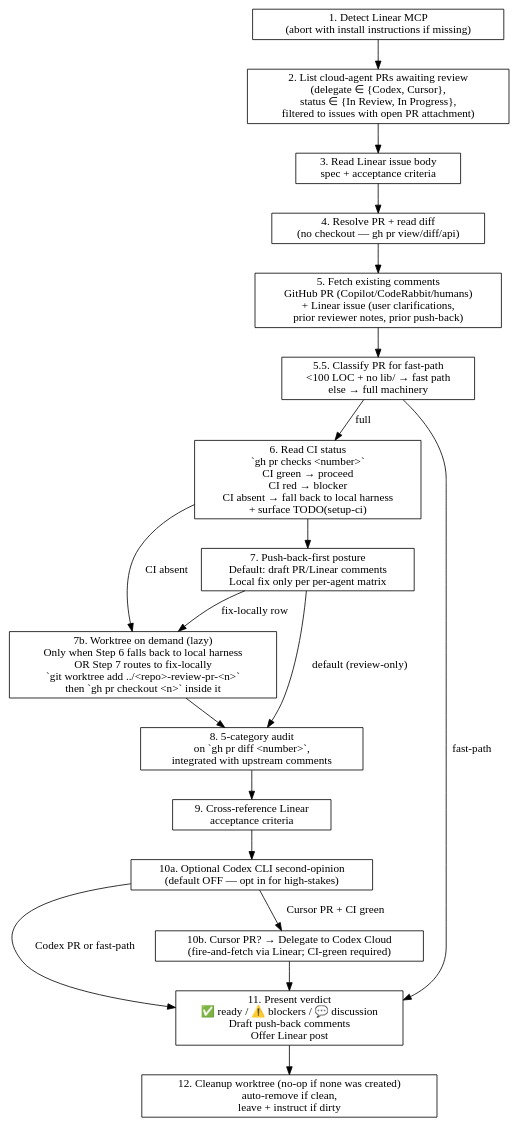
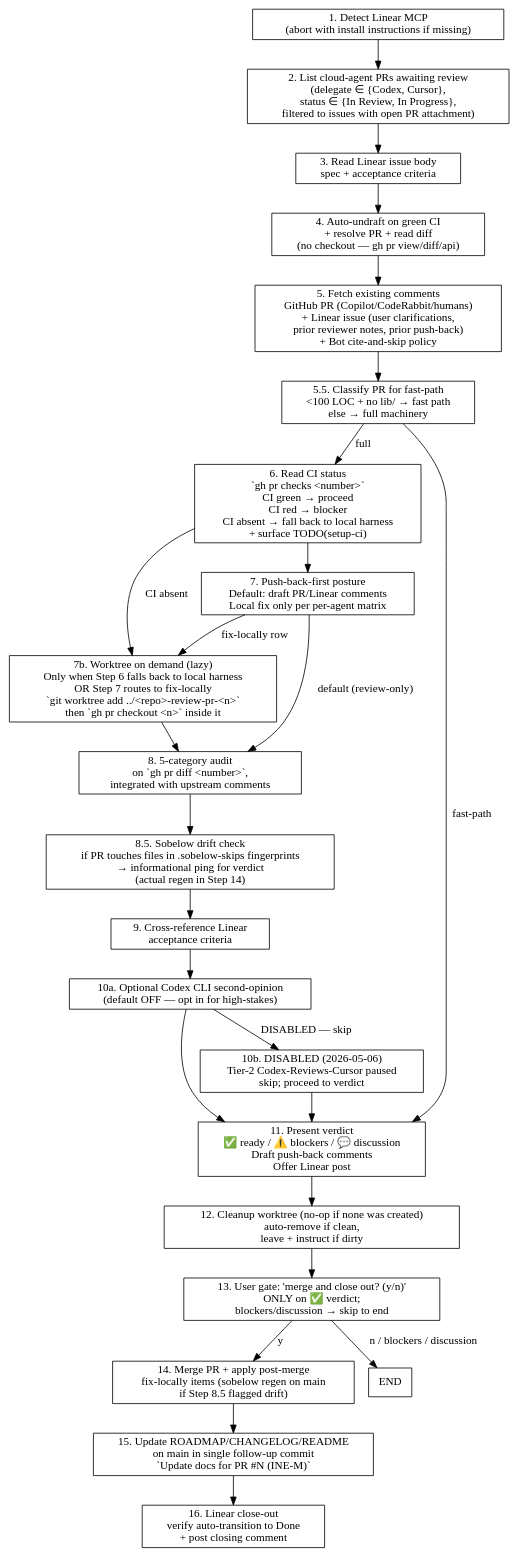
Before and after one commit to ZenHive/claude-marketplace-elixir: the diagram in plugins/staged-review/skills/commit-review/SKILL.md, drawn with Graphviz. The commit also changed other lines of this file and 3 other files, not shown here.

First line of the commit message:
Bump staged-review 1.14→1.15, cloud-delegation 1.3→1.4: code-only PRs + merge-time bookkeeping

````diff
--- a/plugins/staged-review/skills/commit-review/SKILL.md
+++ b/plugins/staged-review/skills/commit-review/SKILL.md
@@ -61,36 +64,44 @@
 ```dot
 digraph commit_review {
   rankdir=TB;
   node [shape=box];
 
   detect    [label="1. Detect Linear MCP\n(abort with install instructions if missing)"];
   list      [label="2. List cloud-agent PRs awaiting review\n(delegate ∈ {Codex, Cursor},\nstatus ∈ {In Review, In Progress},\nfiltered to issues with open PR attachment)"];
   spec      [label="3. Read Linear issue body\nspec + acceptance criteria"];
-  resolve   [label="4. Resolve PR + read diff\n(no checkout — gh pr view/diff/api)"];
-  comments  [label="5. Fetch existing comments\nGitHub PR (Copilot/CodeRabbit/humans)\n+ Linear issue (user clarifications,\nprior reviewer notes, prior push-back)"];
+  resolve   [label="4. Auto-undraft on green CI\n+ resolve PR + read diff\n(no checkout — gh pr view/diff/api)"];
+  comments  [label="5. Fetch existing comments\nGitHub PR (Copilot/CodeRabbit/humans)\n+ Linear issue (user clarifications,\nprior reviewer notes, prior push-back)\n+ Bot cite-and-skip policy"];
   classify  [label="5.5. Classify PR for fast-path\n<100 LOC + no lib/ → fast path\nelse → full machinery"];
   ci        [label="6. Read CI status\n`gh pr checks <number>`\nCI green → proceed\nCI red → blocker\nCI absent → fall back to local harness\n+ surface TODO(setup-ci)"];
   pushback  [label="7. Push-back-first posture\nDefault: draft PR/Linear comments\nLocal fix only per per-agent matrix"];
   worktree  [label="7b. Worktree on demand (lazy)\nOnly when Step 6 falls back to local harness\nOR Step 7 routes to fix-locally\n`git worktree add ../<repo>-review-pr-<n>`\nthen `gh pr checkout <n>` inside it"];
   audit     [label="8. 5-category audit\non `gh pr diff <number>`,\nintegrated with upstream comments"];
+  drift     [label="8.5. Sobelow drift check\nif PR touches files in .sobelow-skips fingerprints\n→ informational ping for verdict\n(actual regen in Step 14)"];
   cross     [label="9. Cross-reference Linear\nacceptance criteria"];
   codex     [label="10a. Optional Codex CLI second-opinion\n(default OFF — opt in for high-stakes)"];
-  delegate  [label="10b. Cursor PR? → Delegate to Codex Cloud\n(fire-and-fetch via Linear; CI-green required)"];
+  delegate  [label="10b. DISABLED (2026-05-06)\nTier-2 Codex-Reviews-Cursor paused\nskip; proceed to verdict"];
   verdict   [label="11. Present verdict\n✅ ready / ⚠️ blockers / 💬 discussion\nDraft push-back comments\nOffer Linear post"];
   cleanup   [label="12. Cleanup worktree (no-op if none was created)\nauto-remove if clean,\nleave + instruct if dirty"];
+  gate      [label="13. User gate: 'merge and close out? (y/n)'\nONLY on ✅ verdict;\nblockers/discussion → skip to end"];
+  merge     [label="14. Merge PR + apply post-merge\nfix-locally items (sobelow regen on main\nif Step 8.5 flagged drift)"];
+  bookkeep  [label="15. Update ROADMAP/CHANGELOG/README\non main in single follow-up commit\n`Update docs for PR #N (INE-M)`"];
+  close     [label="16. Linear close-out\nverify auto-transition to Done\n+ post closing comment"];
 
   detect -> list -> spec -> resolve -> comments -> classify;
   classify -> ci [label="full"];
   classify -> verdict [label="fast-path"];
   ci -> pushback;
   ci -> worktree [label="CI absent"];
   pushback -> worktree [label="fix-locally row"];
   pushback -> audit [label="default (review-only)"];
   worktree -> audit;
-  audit -> cross -> codex;
-  codex -> delegate [label="Cursor PR + CI green"];
-  codex -> verdict  [label="Codex PR or fast-path"];
+  audit -> drift -> cross -> codex;
+  codex -> delegate [label="DISABLED — skip"];
+  codex -> verdict;
   delegate -> verdict;
-  verdict -> cleanup;
+  verdict -> cleanup -> gate;
+  gate -> merge [label="y"];
+  gate -> "END" [label="n / blockers / discussion"];
+  merge -> bookkeep -> close;
 }
 ```
````
